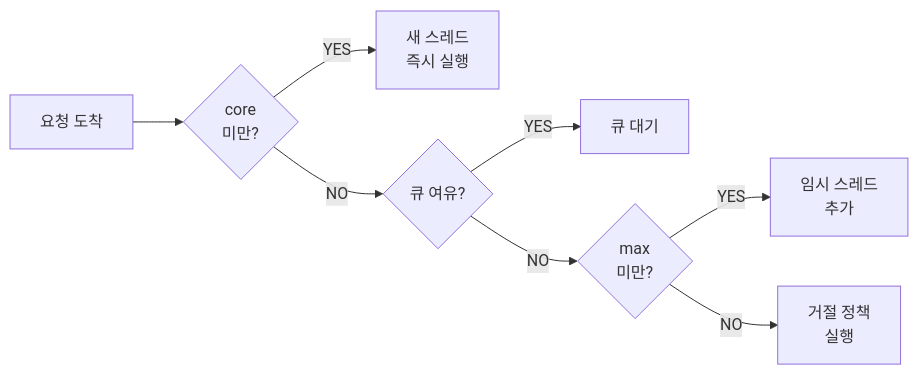
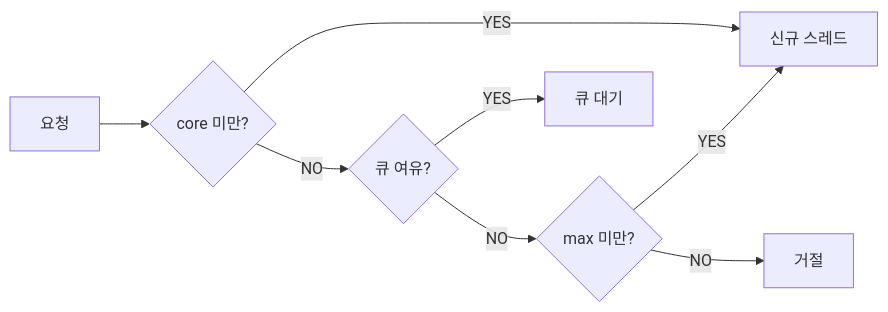
The second of 4 diagrams in _posts/spring/2026-05-01-spring-async.md (yjkim2015/yjkim2015.github.io), drawn with Mermaid before and after one commit. The commit also changed other lines of this file and 245 other files, not shown here.

First line of the commit message:
Mermaid 다이어그램 전면 수정 + 면접 포인트 접기/펼치기 + DB 데드락 페이지

````diff
--- a/_posts/spring/2026-05-01-spring-async.md
+++ b/_posts/spring/2026-05-01-spring-async.md
@@ -131,10 +131,10 @@
 ```mermaid
 graph LR
-    REQ["요청 도착"] --> C1{"core\n미만?"}
-    C1 -->|YES| NEW["새 스레드\n즉시 실행"]
+    REQ["요청"] --> C1{"core 미만?"}
+    C1 -->|YES| NEW["신규 스레드"]
     C1 -->|NO| C2{"큐 여유?"}
     C2 -->|YES| QUEUE["큐 대기"]
-    C2 -->|NO| C3{"max\n미만?"}
-    C3 -->|YES| EXTRA["임시 스레드\n추가"]
-    C3 -->|NO| REJ["거절 정책\n실행"]
+    C2 -->|NO| C3{"max 미만?"}
+    C3 -->|YES| NEW
+    C3 -->|NO| REJ["거절"]
 ```
````
